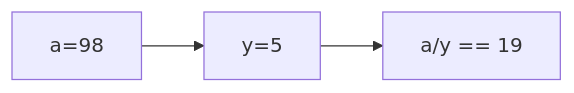
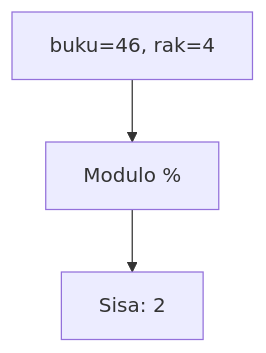
One commit to amnahwaida/OSNK_INF_PREP changed the first of 25 diagrams in part-c-pemahaman-cpp/01-tipe-data/latihan/set-04.md. Above: the diagram before and after it, drawn with Mermaid. The commit also changed other lines of this file and 71 other files, not shown here.

````diff
--- a/part-c-pemahaman-cpp/01-tipe-data/latihan/set-04.md
+++ b/part-c-pemahaman-cpp/01-tipe-data/latihan/set-04.md
@@ -21,5 +22,5 @@
 ```mermaid
-graph LR
-A["a=98"] --> B["y=5"]
-B --> C["a/y == 19"]
+graph TD
+A["buku=46, rak=4"] --> B["Modulo %"]
+B --> C["Sisa: 2"]
 ```
````
